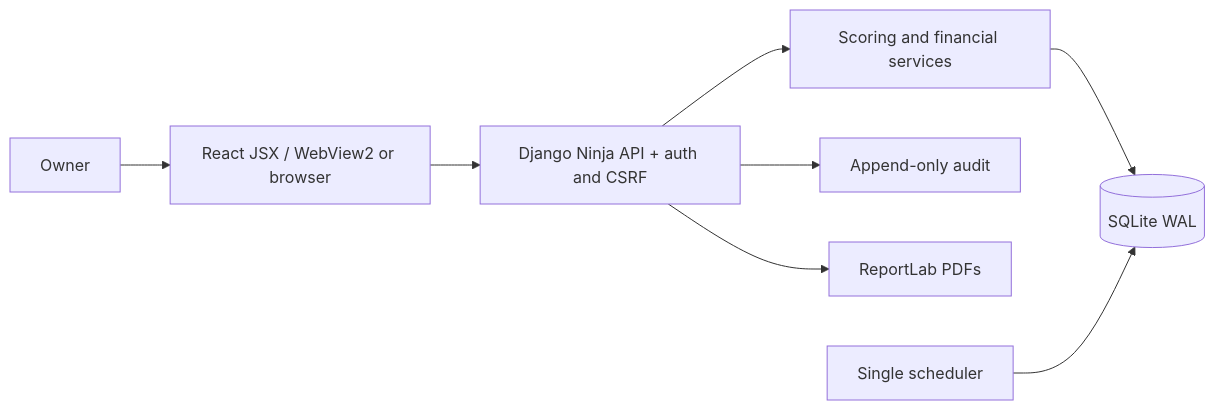
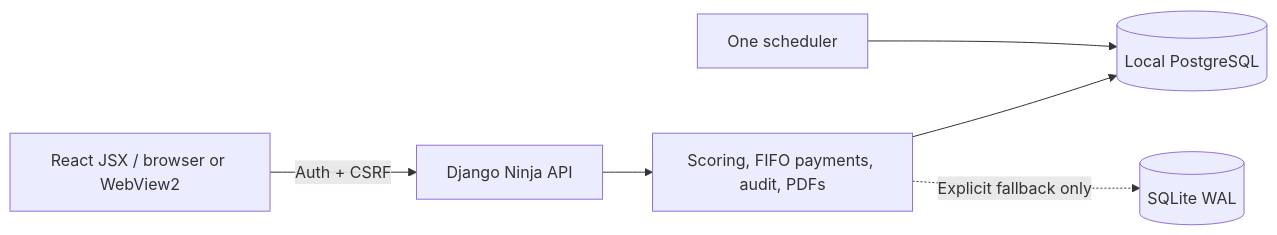
One commit to PerezChris99/kc-ledger changed the diagram in README.md. Above: the diagram before and after it, drawn with Mermaid. The commit also changed other lines of this file and 27 other files, not shown here.

First line of the commit message:
feat(database): prefer local PostgreSQL with safe pinned SQLite fallback

````diff
--- a/README.md
+++ b/README.md
@@ -23,10 +9,8 @@
 ```mermaid
 flowchart LR
-  U[Owner] --> WEB[React JSX / WebView2 or browser]
-  WEB --> API[Django Ninja API + auth and CSRF]
-  API --> FIN[Scoring and financial services]
-  FIN --> SQL[(SQLite WAL)]
-  API --> AUDIT[Append-only audit]
-  API --> PDF[ReportLab PDFs]
-  JOB[Single scheduler] --> SQL
+  UI[React JSX / browser or WebView2] -->|Auth + CSRF| API[Django Ninja API]
+  API --> DOMAIN[Scoring, FIFO payments, audit, PDFs]
+  DOMAIN --> PG[(Local PostgreSQL)]
+  DOMAIN -.Explicit fallback only.-> SQLITE[(SQLite WAL)]
+  JOB[One scheduler] --> PG
 ```
````
